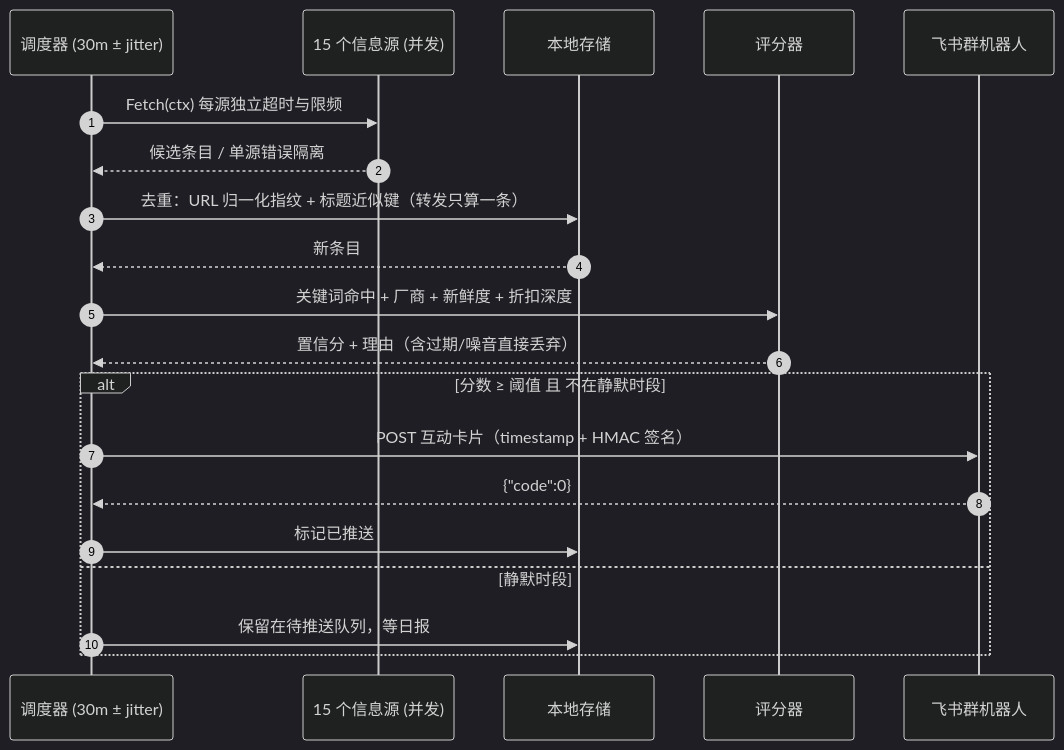
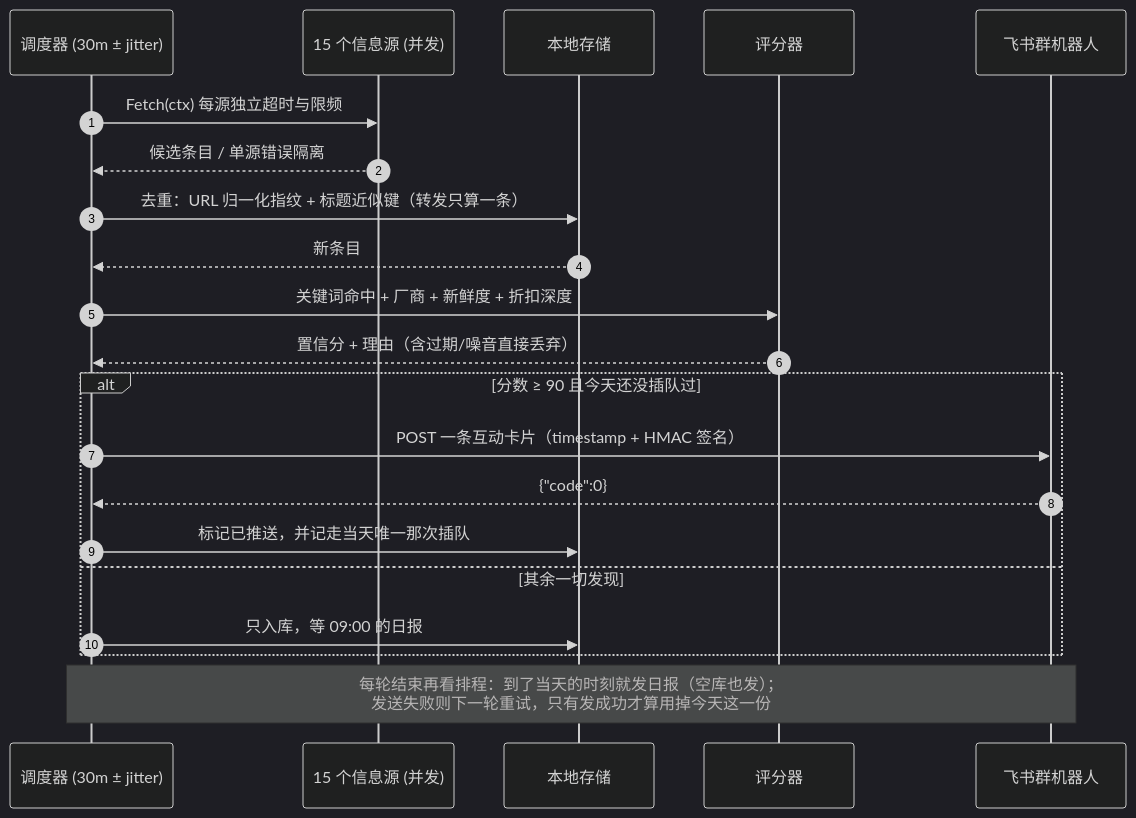
The second of 5 diagrams in README.md (xiabee/Deal-Hunter), drawn with Mermaid (dark theme) before and after one commit. The commit also changed other lines of this file and 4 other files, not shown here.

First line of the commit message:
docs: 按日报形态重写 README，并建立 docs/ROADMAP.md 与 STATUS.md

````diff
--- a/README.md
+++ b/README.md
@@ -67,23 +67,24 @@
 ```mermaid
 sequenceDiagram
     autonumber
     participant SC as 调度器 (30m ± jitter)
     participant SRC as 15 个信息源 (并发)
     participant ST as 本地存储
     participant Score as 评分器
     participant FS as 飞书群机器人
 
     SC->>SRC: Fetch(ctx) 每源独立超时与限频
     SRC-->>SC: 候选条目 / 单源错误隔离
     SC->>ST: 去重：URL 归一化指纹 + 标题近似键（转发只算一条）
     ST-->>SC: 新条目
     SC->>Score: 关键词命中 + 厂商 + 新鲜度 + 折扣深度
     Score-->>SC: 置信分 + 理由（含过期/噪音直接丢弃）
-    alt 分数 ≥ 阈值 且 不在静默时段
-        SC->>FS: POST 互动卡片（timestamp + HMAC 签名）
+    alt 分数 ≥ 90 且今天还没插队过
+        SC->>FS: POST 一条互动卡片（timestamp + HMAC 签名）
         FS-->>SC: {"code":0}
-        SC->>ST: 标记已推送
-    else 静默时段
-        SC->>ST: 保留在待推送队列，等日报
+        SC->>ST: 标记已推送，并记走当天唯一那次插队
+    else 其余一切发现
+        SC->>ST: 只入库，等 09:00 的日报
     end
+    Note over SC,FS: 每轮结束再看排程：到了当天的时刻就发日报（空库也发）；<br/>发送失败则下一轮重试，只有发成功才算用掉今天这一份
 ```
````
